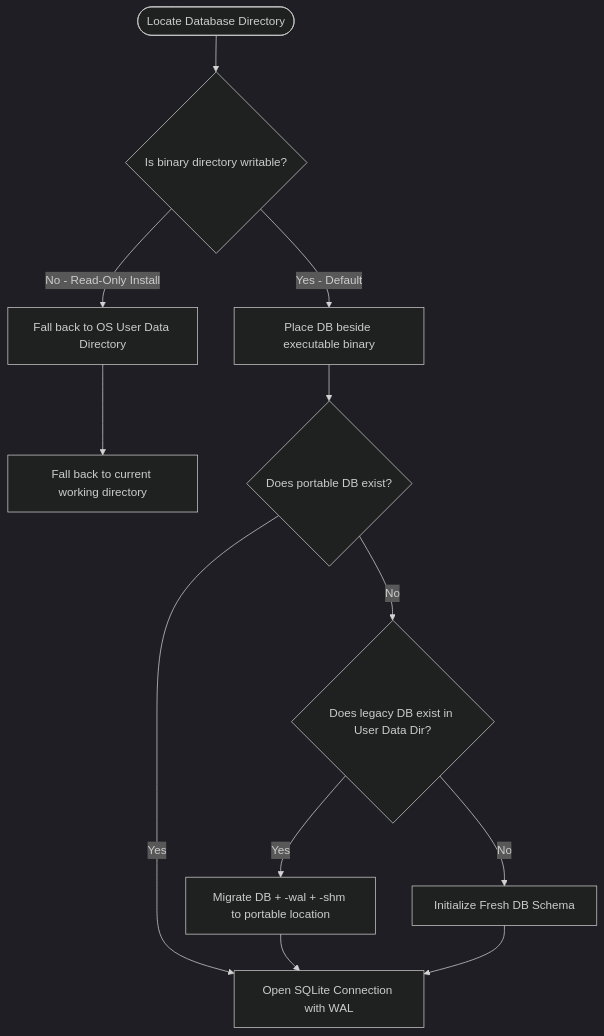
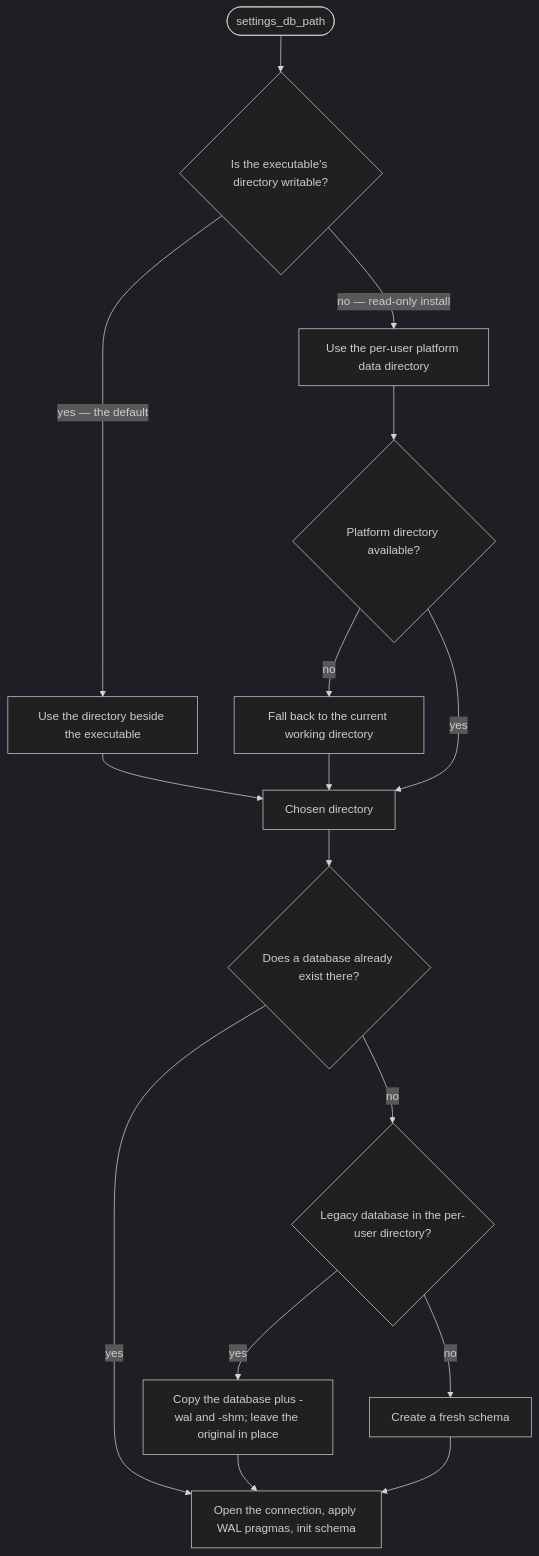
The second of 3 diagrams in wiki/Core-Services.md (Suranjan77/md-editor), drawn with Mermaid (dark theme) before and after one commit. The commit also changed other lines of this file and 24 other files, not shown here.

````diff
--- a/wiki/Core-Services.md
+++ b/wiki/Core-Services.md
@@ -120,15 +151,19 @@
 ```mermaid
 flowchart TD
-    Start([Locate Database Directory]) --> ExeDir{Is binary directory writable?}
-    ExeDir -->|Yes - Default| BesideExe[Place DB beside executable binary]
-    ExeDir -->|No - Read-Only Install| PlatformData[Fall back to OS User Data Directory]
-    PlatformData --> CurrentDir[Fall back to current working directory]
-    
-    BesideExe --> CheckLegacy{Does portable DB exist?}
-    CheckLegacy -->|No| CheckOldPlatform{Does legacy DB exist in User Data Dir?}
-    CheckLegacy -->|Yes| OpenDB[Open SQLite Connection with WAL]
-    CheckOldPlatform -->|Yes| Migrate[Migrate DB + -wal + -shm to portable location]
-    CheckOldPlatform -->|No| InitFresh[Initialize Fresh DB Schema]
+    Start(["settings_db_path"]) --> ExeDir{"Is the executable's directory writable?"}
+    ExeDir -->|"yes — the default"| BesideExe["Use the directory beside the executable"]
+    ExeDir -->|"no — read-only install"| PlatformData["Use the per-user platform data directory"]
+    PlatformData --> HasPlatform{"Platform directory available?"}
+    HasPlatform -->|"no"| CurrentDir["Fall back to the current working directory"]
+    HasPlatform -->|"yes"| Chosen["Chosen directory"]
+    BesideExe --> Chosen
+    CurrentDir --> Chosen
+
+    Chosen --> Exists{"Does a database already exist there?"}
+    Exists -->|"yes"| OpenDB["Open the connection, apply WAL pragmas, init schema"]
+    Exists -->|"no"| Legacy{"Legacy database in the per-user directory?"}
+    Legacy -->|"yes"| Migrate["Copy the database plus -wal and -shm; leave the original in place"]
+    Legacy -->|"no"| InitFresh["Create a fresh schema"]
     Migrate --> OpenDB
     InitFresh --> OpenDB
 ```
````
